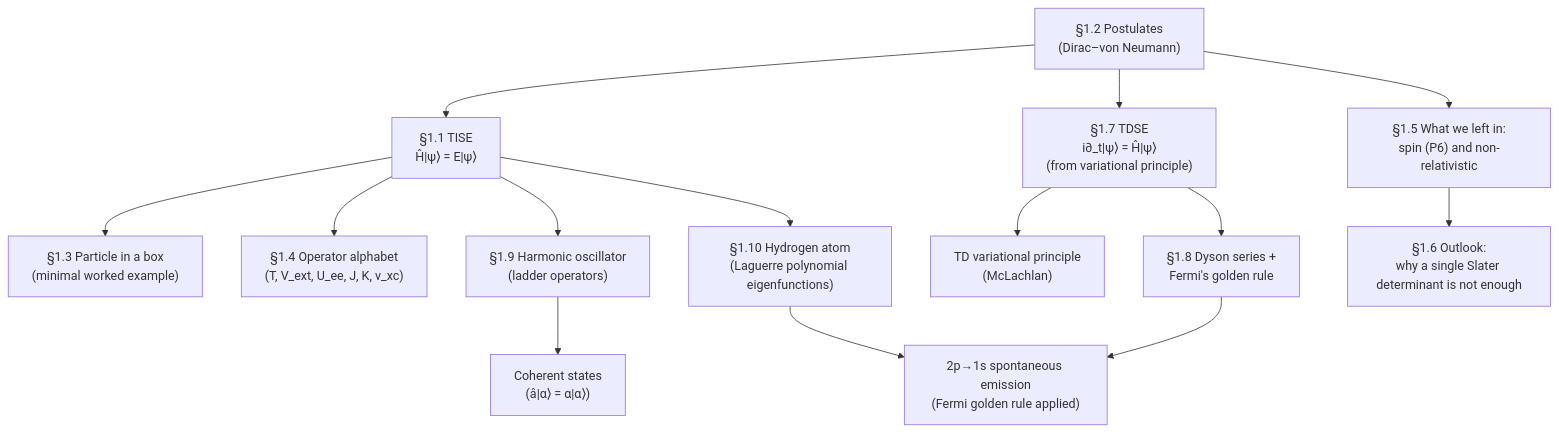
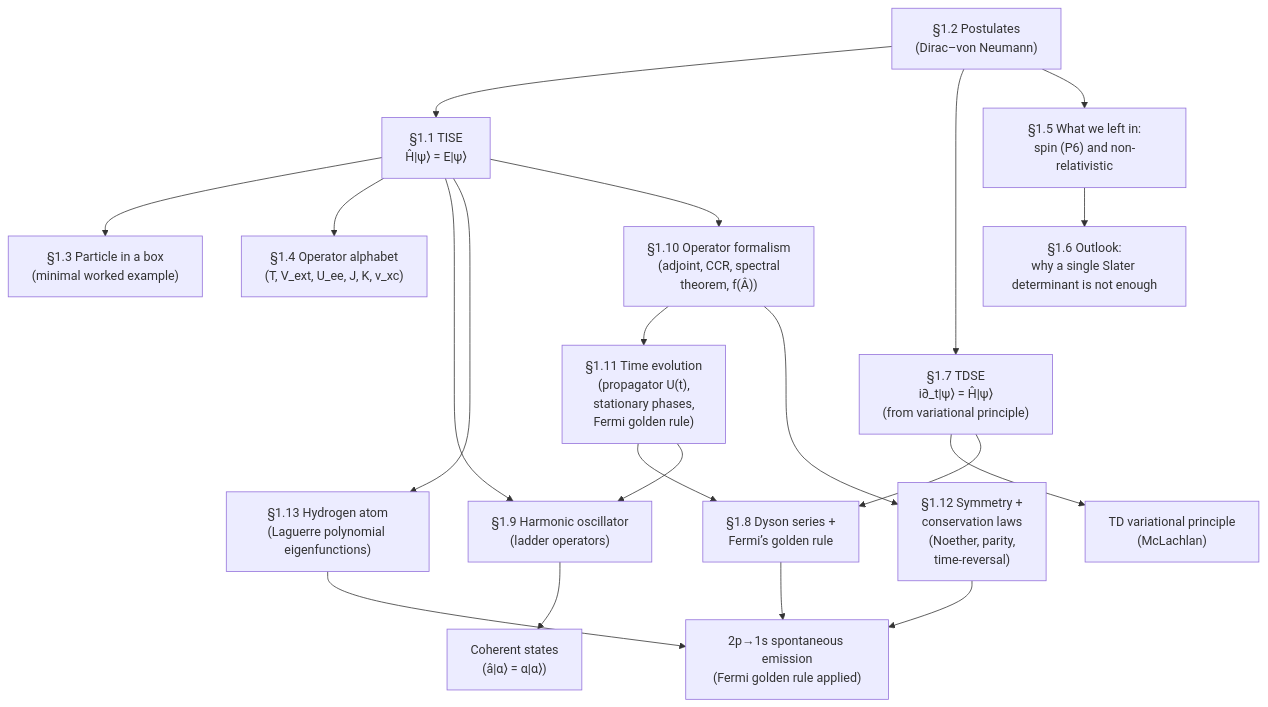
The ninth of 9 diagrams in dft_notes/chapter_01/00-schrodinger-equation.md (Shuvam-Banerji-Seal/DFT-notes), drawn with Mermaid before and after one commit. The commit also changed other lines of this file and 34 other files, not shown here.

````diff
--- a/dft_notes/chapter_01/00-schrodinger-equation.md
+++ b/dft_notes/chapter_01/00-schrodinger-equation.md
@@ -1706,16 +2625,23 @@
 ```mermaid
 graph TD
   P["§1.2 Postulates<br/>(Dirac–von Neumann)"] --> TISE["§1.1 TISE<br/>Ĥ|ψ⟩ = E|ψ⟩"]
   P --> TDSE["§1.7 TDSE<br/>i∂_t|ψ⟩ = Ĥ|ψ⟩<br/>(from variational principle)"]
   TISE --> PIB["§1.3 Particle in a box<br/>(minimal worked example)"]
   TISE --> OPS["§1.4 Operator alphabet<br/>(T, V_ext, U_ee, J, K, v_xc)"]
   TDSE --> VAR["TD variational principle<br/>(McLachlan)"]
-  TDSE --> DY["§1.8 Dyson series +<br/>Fermi's golden rule"]
+  TDSE --> DY["§1.8 Dyson series +<br/>Fermi’s golden rule"]
   TISE --> HO["§1.9 Harmonic oscillator<br/>(ladder operators)"]
-  TISE --> H["§1.10 Hydrogen atom<br/>(Laguerre polynomial eigenfunctions)"]
+  TISE --> H["§1.13 Hydrogen atom<br/>(Laguerre polynomial eigenfunctions)"]
+  TISE --> OPS2["§1.10 Operator formalism<br/>(adjoint, CCR, spectral<br/>theorem, f(Â))"]
+  OPS2 --> TEV["§1.11 Time evolution<br/>(propagator U(t),<br/>stationary phases,<br/>Fermi golden rule)"]
+  OPS2 --> SYM["§1.12 Symmetry +<br/>conservation laws<br/>(Noether, parity,<br/>time-reversal)"]
+  TEV --> DY
+  TEV --> HO
+  SYM --> TR
   HO --> COH["Coherent states<br/>(â|α⟩ = α|α⟩)"]
   H --> TR["2p→1s spontaneous emission<br/>(Fermi golden rule applied)"]
   DY --> TR
   P --> POST["§1.5 What we left in:<br/>spin (P6) and non-relativistic"]
   POST --> OUT["§1.6 Outlook:<br/>why a single Slater determinant is not enough"]
+
 ```
````
